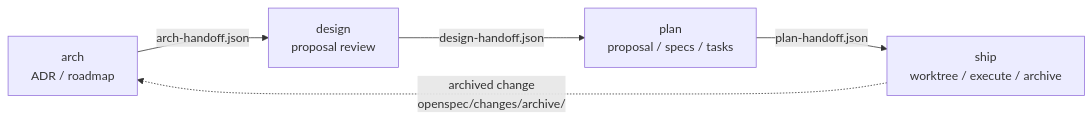
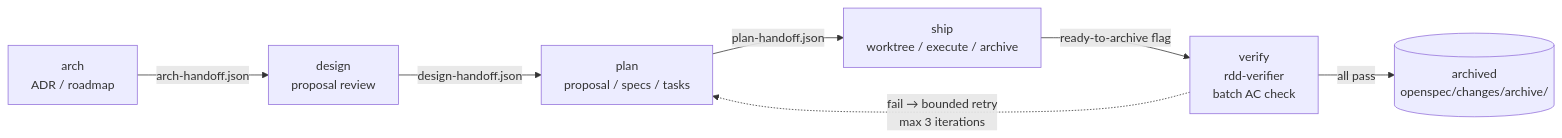
One commit to chisuhua/rdd-workflow changed the diagram in docs/architecture/workflow-phases.md. Above: the diagram before and after it, drawn with Mermaid. The commit also changed other lines of this file and 16 other files, not shown here.

First line of the commit message:
fix(docs): sync three-/four-stage → five-stage architecture descriptions

````diff
--- a/docs/architecture/workflow-phases.md
+++ b/docs/architecture/workflow-phases.md
@@ -5,7 +5,9 @@
 ```mermaid
 graph LR
     A[arch<br/>ADR / roadmap] -->|arch-handoff.json| D[design<br/>proposal review]
     D -->|design-handoff.json| P[plan<br/>proposal / specs / tasks]
     P -->|plan-handoff.json| S[ship<br/>worktree / execute / archive]
-    S -.->|archived change<br/>openspec/changes/archive/| A
+    S -->|ready-to-archive flag| V[verify<br/>rdd-verifier<br/>batch AC check]
+    V -.->|fail → bounded retry<br/>max 3 iterations| P
+    V -->|all pass| ARC[(archived<br/>openspec/changes/archive/)]
 ```
````
